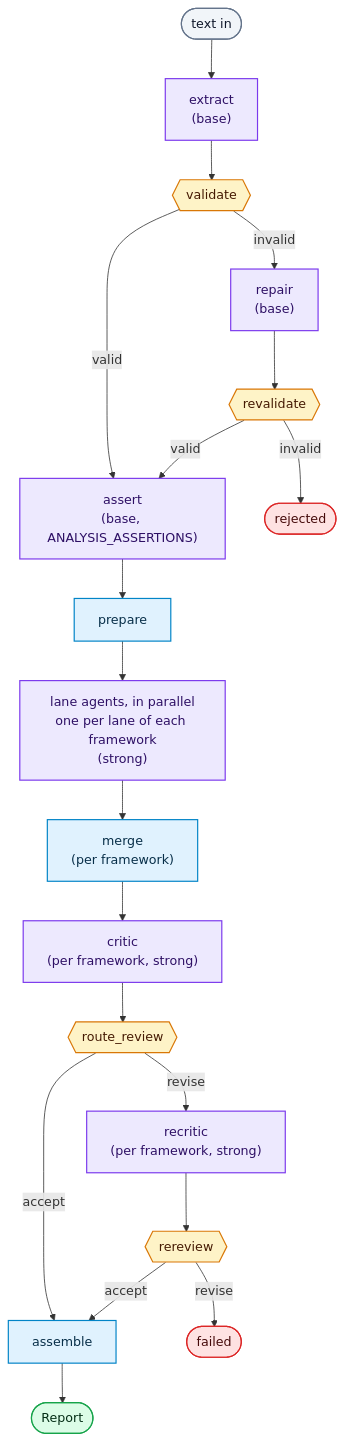
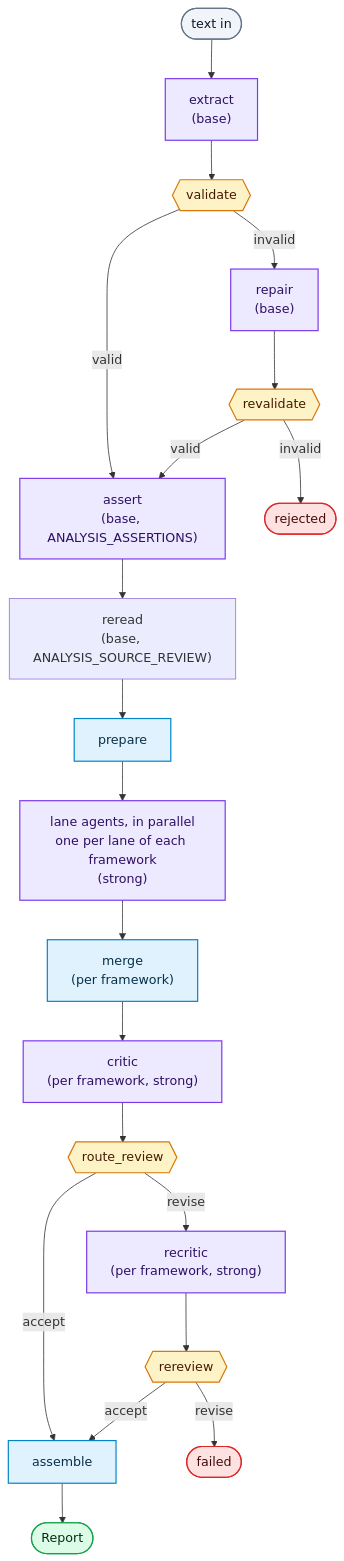
One commit to mstarks01/work-agent changed the diagram in docs/Architecture.md. Above: the diagram before and after it, drawn with Mermaid. The commit also changed other lines of this file and 11 other files, not shown here.

````diff
--- a/docs/Architecture.md
+++ b/docs/Architecture.md
@@ -18,37 +18,38 @@
 ```mermaid
 flowchart TD
     start([text in]) --> extract["extract<br/>(base)"]
     extract --> validate{{validate}}
     validate -- valid --> assert["assert<br/>(base, ANALYSIS_ASSERTIONS)"]
     validate -- invalid --> repair["repair<br/>(base)"]
     repair --> revalidate{{revalidate}}
     revalidate -- valid --> assert
     revalidate -- invalid --> reject([rejected])
-    assert --> prepare[prepare]
+    assert --> reread["reread<br/>(base, ANALYSIS_SOURCE_REVIEW)"]
+    reread --> prepare[prepare]
 
     prepare --> analyze["lane agents, in parallel<br/>one per lane of each framework<br/>(strong)"]
     analyze --> merge["merge<br/>(per framework)"]
     merge --> critic["critic<br/>(per framework, strong)"]
     critic --> router{{route_review}}
 
     router -- accept --> assemble[assemble]
     router -- revise --> recritic["recritic<br/>(per framework, strong)"]
     recritic --> rereview{{rereview}}
     rereview -- accept --> assemble
     rereview -- revise --> failed([failed])
     assemble --> report([Report])
 
     classDef llm fill:#ede9fe,stroke:#7c3aed,stroke-width:1.5px,color:#2e1065
     classDef code fill:#e0f2fe,stroke:#0284c7,stroke-width:1.5px,color:#082f49
     classDef gate fill:#fef3c7,stroke:#d97706,stroke-width:1.5px,color:#451a03
     classDef good fill:#dcfce7,stroke:#16a34a,stroke-width:1.5px,color:#052e16
     classDef bad fill:#fee2e2,stroke:#dc2626,stroke-width:1.5px,color:#450a0a
     classDef io fill:#f1f5f9,stroke:#64748b,stroke-width:1.5px,color:#0f172a
 
     class extract,repair,assert,analyze,critic,recritic llm
     class prepare,merge,assemble code
     class validate,revalidate,router,rereview gate
     class report good
     class reject,failed bad
     class start io
 ```
````
